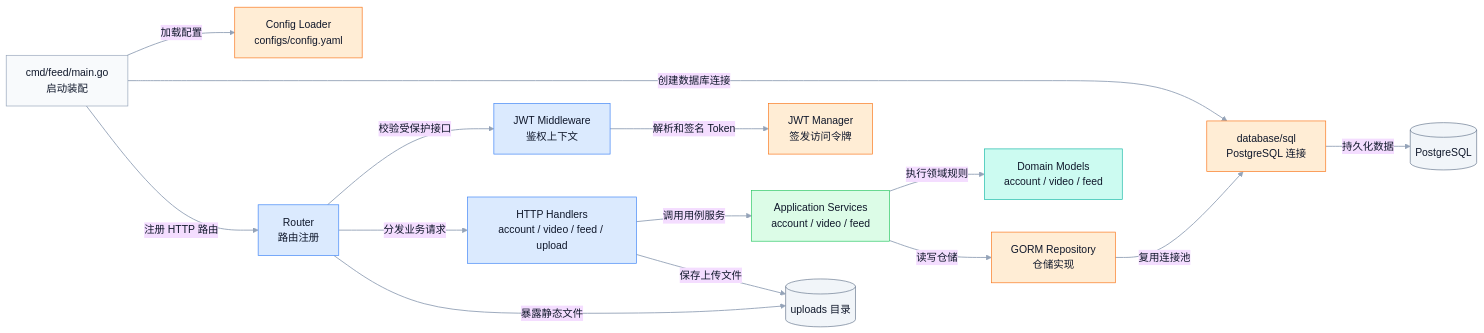
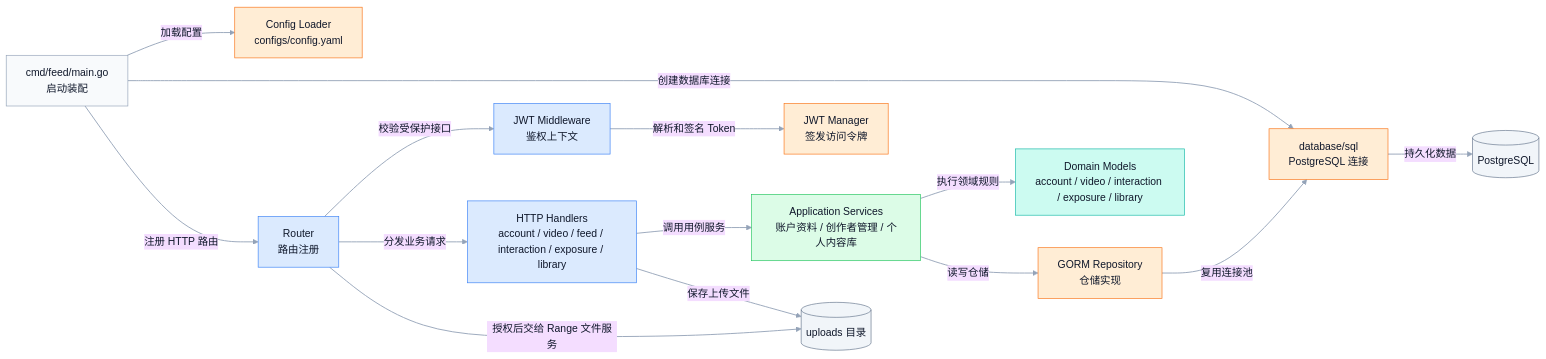
The second of 6 diagrams in docs/architecture.md (shiyudesu/frux), drawn with Mermaid before and after one commit. The commit also changed other lines of this file and 118 other files, not shown here.

````diff
--- a/docs/architecture.md
+++ b/docs/architecture.md
@@ -57,57 +59,57 @@
 ```mermaid
 ---
 config:
   theme: base
   layout: dagre
   themeVariables:
     background: transparent
     fontFamily: Inter, PingFang SC, Microsoft YaHei, Arial
     primaryTextColor: "#0F172A"
     lineColor: "#94A3B8"
     clusterBkg: "#F8FAFC"
     clusterBorder: "#CBD5E1"
 ---
 flowchart LR
   %% Internal layering in apps/api
   classDef entry fill:#F8FAFC,stroke:#94A3B8,color:#0F172A,stroke-width:1px;
   classDef http fill:#DBEAFE,stroke:#3B82F6,color:#0F172A,stroke-width:1px;
   classDef service fill:#DCFCE7,stroke:#22C55E,color:#0F172A,stroke-width:1px;
   classDef domain fill:#CCFBF1,stroke:#14B8A6,color:#0F172A,stroke-width:1px;
   classDef infra fill:#FFEDD5,stroke:#F97316,color:#0F172A,stroke-width:1px;
   classDef store fill:#F1F5F9,stroke:#64748B,color:#0F172A,stroke-width:1px;
 
   Entry["cmd/feed/main.go<br/>启动装配"]
   Router["Router<br/>路由注册"]
   Auth["JWT Middleware<br/>鉴权上下文"]
-  Handlers["HTTP Handlers<br/>account / video / feed / upload"]
-  Services["Application Services<br/>account / video / feed"]
-  Domains["Domain Models<br/>account / video / feed"]
+  Handlers["HTTP Handlers<br/>account / video / feed / interaction / exposure / library"]
+  Services["Application Services<br/>账户资料 / 创作者管理 / 个人内容库"]
+  Domains["Domain Models<br/>account / video / interaction / exposure / library"]
   Config["Config Loader<br/>configs/config.yaml"]
   JWT["JWT Manager<br/>签发访问令牌"]
   Repo["GORM Repository<br/>仓储实现"]
   SQL["database/sql<br/>PostgreSQL 连接"]
   PostgreSQL[("PostgreSQL")]
   Uploads[("uploads 目录")]
 
   Entry -->|"加载配置"| Config
   Entry -->|"创建数据库连接"| SQL
   Entry -->|"注册 HTTP 路由"| Router
   Router -->|"校验受保护接口"| Auth
   Auth -->|"解析和签名 Token"| JWT
   Router -->|"分发业务请求"| Handlers
   Handlers -->|"调用用例服务"| Services
   Services -->|"执行领域规则"| Domains
   Services -->|"读写仓储"| Repo
   Repo -->|"复用连接池"| SQL
   SQL -->|"持久化数据"| PostgreSQL
   Handlers -->|"保存上传文件"| Uploads
-  Router -->|"暴露静态文件"| Uploads
+  Router -->|"授权后交给 Range 文件服务"| Uploads
 
   class Entry entry;
   class Router,Auth,Handlers http;
   class Services service;
   class Domains domain;
   class Config,JWT,Repo,SQL infra;
   class PostgreSQL,Uploads store;
   linkStyle default stroke:#94A3B8,stroke-width:1.4px
 ```
````
